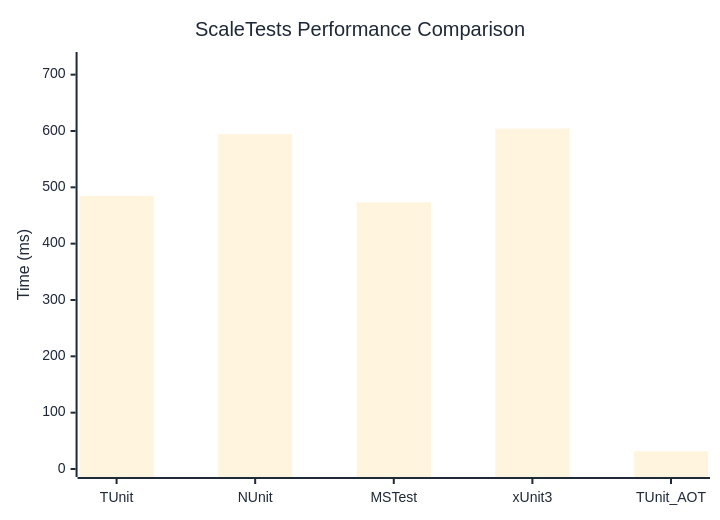
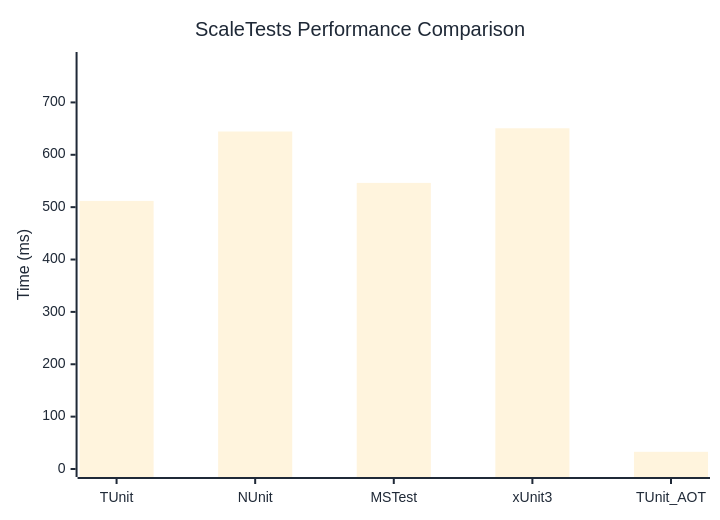
One commit to thomhurst/TUnit changed the diagram in docs/docs/benchmarks/ScaleTests.md. Above: the diagram before and after it, drawn with Mermaid. The commit also changed other lines of this file and 17 other files, not shown here.

````diff
--- a/docs/docs/benchmarks/ScaleTests.md
+++ b/docs/docs/benchmarks/ScaleTests.md
@@ -27,37 +27,37 @@
 ```mermaid
 %%{init: {
   'theme':'base',
   'themeVariables': {
     'primaryColor': '#2563eb',
     'primaryTextColor': '#1f2937',
     'primaryBorderColor': '#1e40af',
     'lineColor': '#6b7280',
     'secondaryColor': '#7c3aed',
     'tertiaryColor': '#dc2626',
     'background': '#ffffff',
     'mainBkg': '#2563eb',
     'secondBkg': '#7c3aed',
     'tertiaryBkg': '#dc2626',
     'clusterBkg': '#f3f4f6',
     'edgeLabelBackground': '#ffffff',
     'tertiaryTextColor': '#1f2937',
     'pie1': '#2563eb',
     'pie2': '#7c3aed',
     'pie3': '#dc2626',
     'pie4': '#f59e0b',
     'pie5': '#10b981',
     'pie6': '#06b6d4',
     'pie7': '#ec4899',
     'pie8': '#6366f1',
     'pie9': '#84cc16',
     'pie10': '#f97316',
     'pie11': '#14b8a6',
     'pie12': '#a855f7'
   }
 }}%%
 xychart-beta
   title "ScaleTests Performance Comparison"
   x-axis ["TUnit", "NUnit", "MSTest", "xUnit3", "TUnit_AOT"]
-  y-axis "Time (ms)" 0 --> 726
-  bar [484.88, 594.43, 473.39, 604.31, 31.57]
+  y-axis "Time (ms)" 0 --> 781
+  bar [511.94, 644.46, 546.3, 650.65, 32.82]
 ```
````
